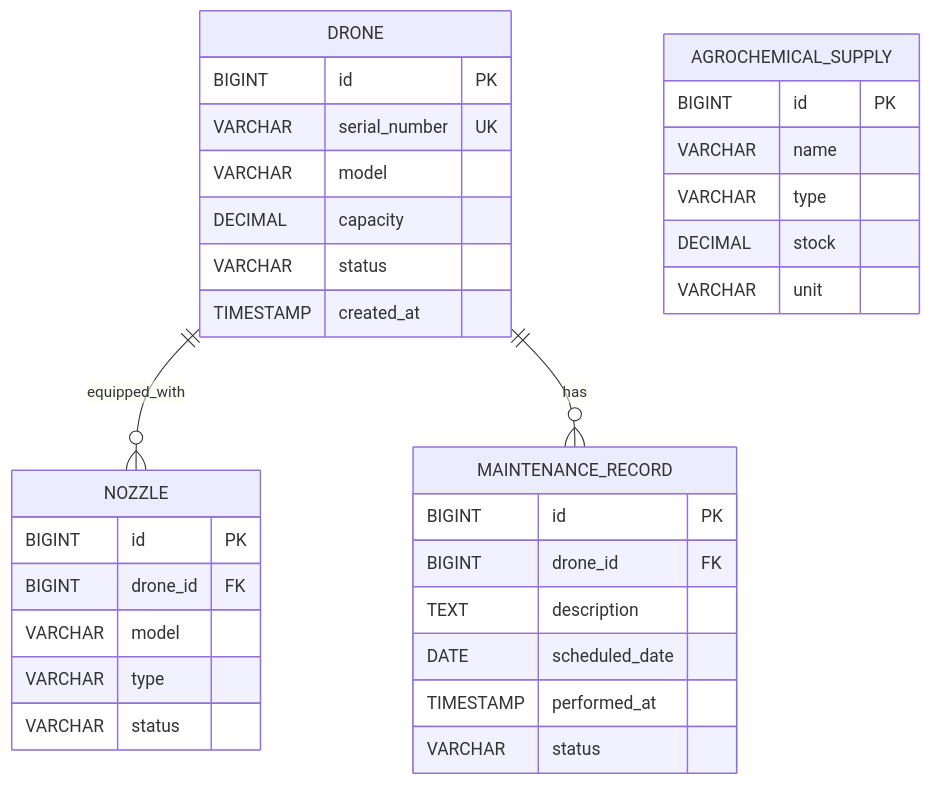
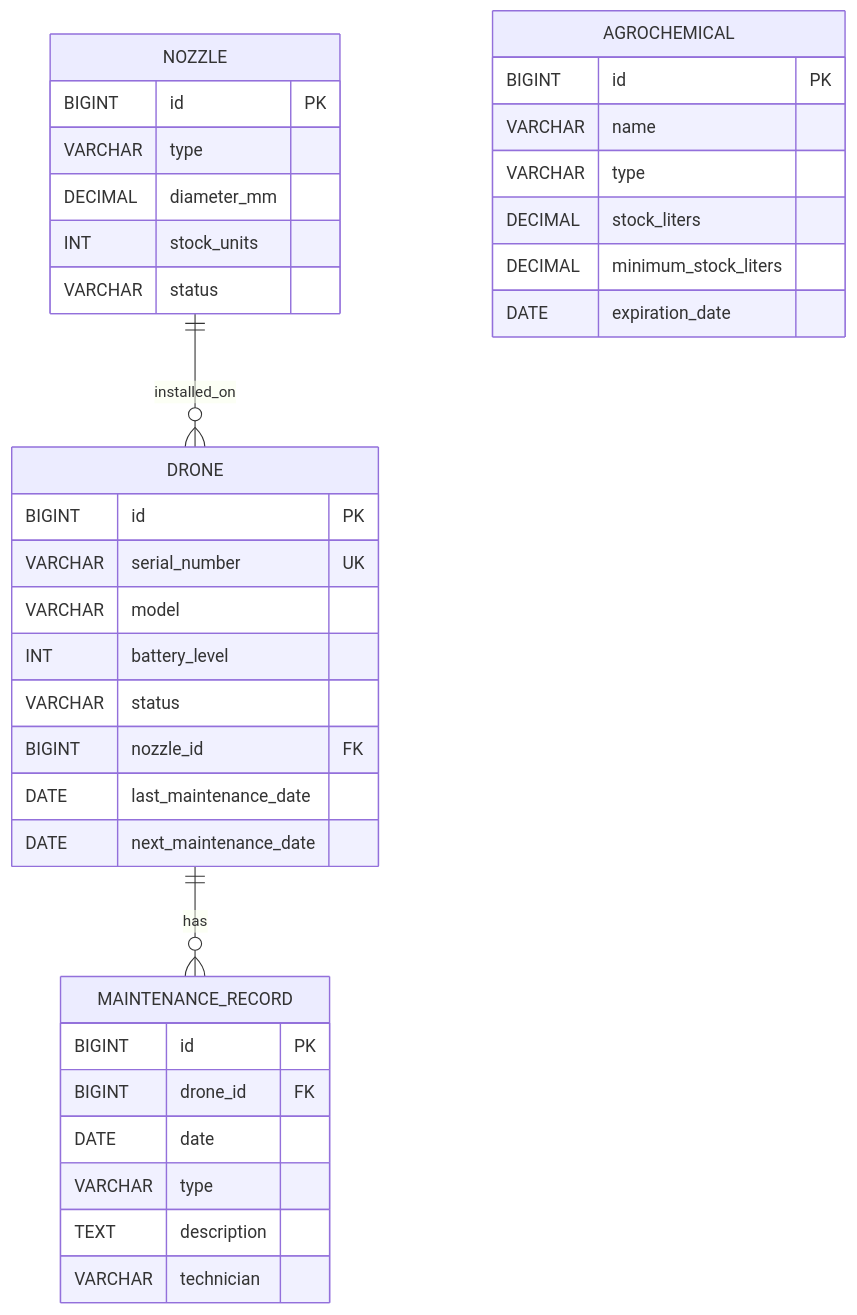
One commit to Ital0Dmc/Agridron-Report-readme-playground changed diagram 19 of 23 in README.md. Above: the diagram before and after it, drawn with Mermaid. The commit also changed other lines of this file, not shown here.

First line of the commit message:
docs: align database design with the corrected class diagrams

````diff
--- a/README.md
+++ b/README.md
@@ -2983,35 +2974,38 @@
 ```mermaid
 erDiagram
-    DRONE ||--o{ NOZZLE : equipped_with
+    NOZZLE ||--o{ DRONE : installed_on
     DRONE ||--o{ MAINTENANCE_RECORD : has
     DRONE {
         BIGINT id PK
         VARCHAR serial_number UK
         VARCHAR model
-        DECIMAL capacity
+        INT battery_level
         VARCHAR status
-        TIMESTAMP created_at
+        BIGINT nozzle_id FK
+        DATE last_maintenance_date
+        DATE next_maintenance_date
     }
     NOZZLE {
         BIGINT id PK
-        BIGINT drone_id FK
-        VARCHAR model
         VARCHAR type
+        DECIMAL diameter_mm
+        INT stock_units
         VARCHAR status
     }
     MAINTENANCE_RECORD {
         BIGINT id PK
         BIGINT drone_id FK
+        DATE date
+        VARCHAR type
         TEXT description
-        DATE scheduled_date
-        TIMESTAMP performed_at
-        VARCHAR status
+        VARCHAR technician
     }
-    AGROCHEMICAL_SUPPLY {
+    AGROCHEMICAL {
         BIGINT id PK
         VARCHAR name
         VARCHAR type
-        DECIMAL stock
-        VARCHAR unit
+        DECIMAL stock_liters
+        DECIMAL minimum_stock_liters
+        DATE expiration_date
     }
 ```
````
